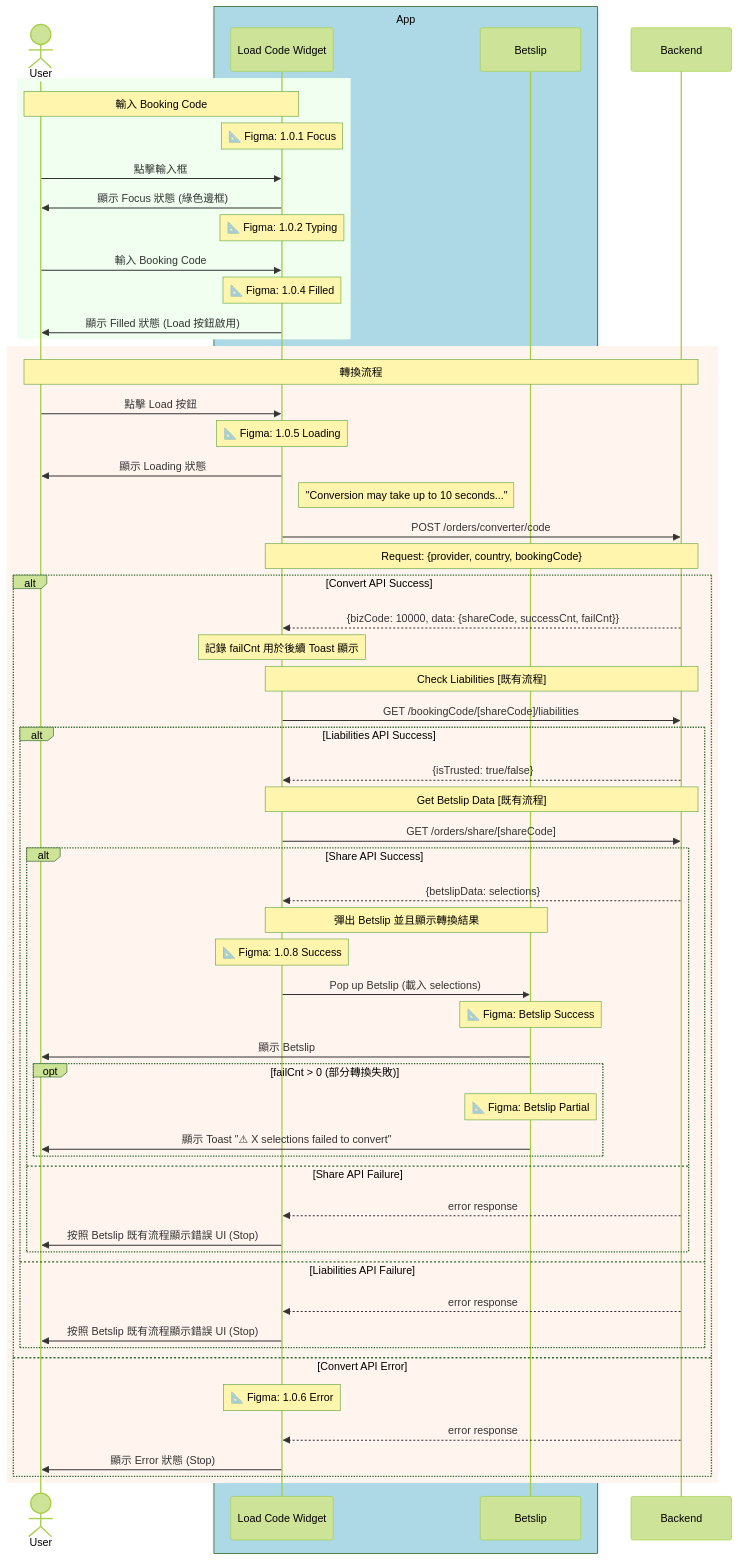
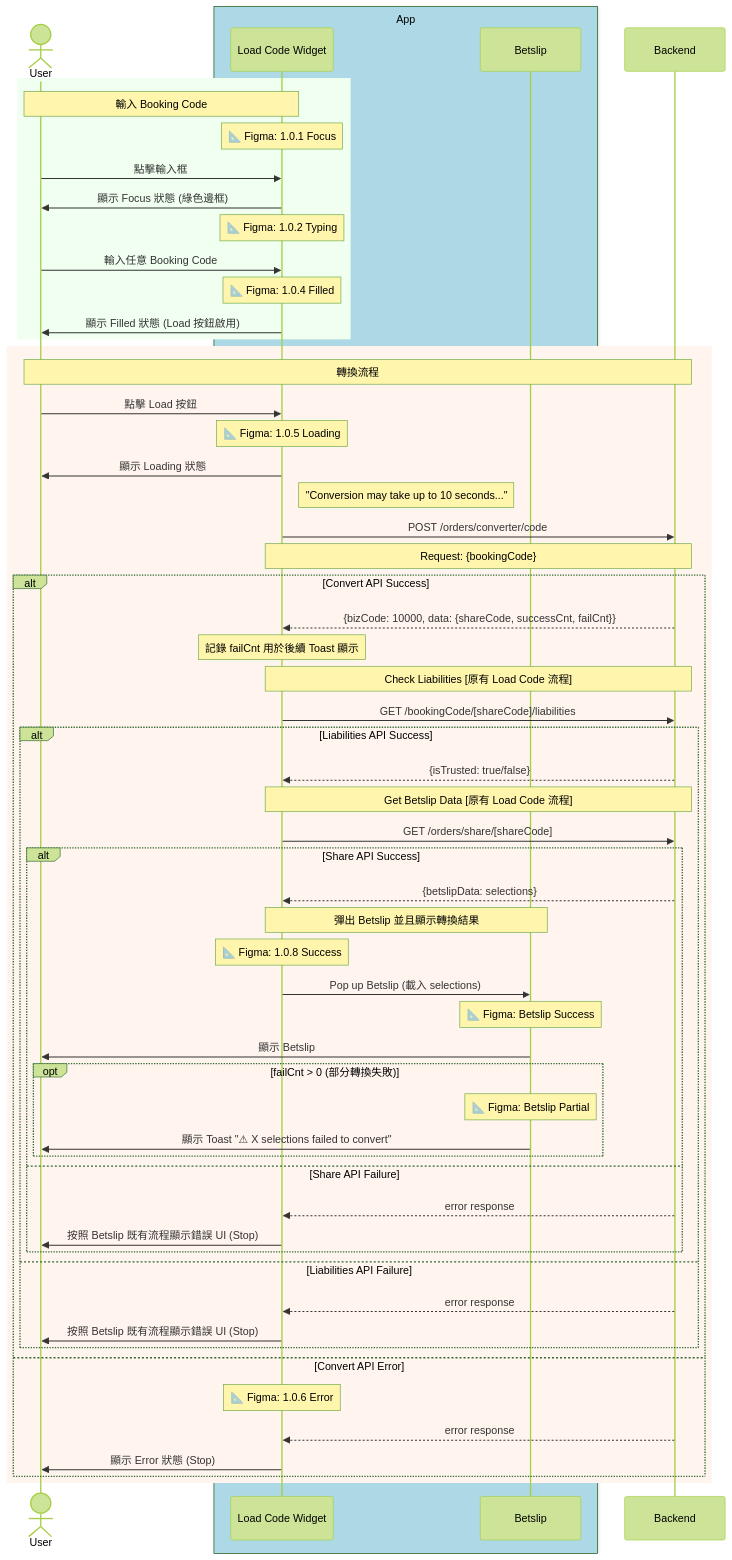
Before and after one commit to HsinChungHan/Code_Converter_TDD: the first of 6 diagrams in TDD/05_Module Sequence Diagram/Module Sequence Diagrams/02_data_interaction_convert_code.md, drawn with Mermaid (forest theme). The commit also changed other lines of this file and 38 other files, not shown here.

````diff
--- a/TDD/05_Module Sequence Diagram/Module Sequence Diagrams/02_data_interaction_convert_code.md
+++ b/TDD/05_Module Sequence Diagram/Module Sequence Diagrams/02_data_interaction_convert_code.md
@@ -13,81 +23,81 @@
 ```mermaid
 sequenceDiagram
     actor User
     
     box rgb(173, 216, 230) App
         participant Widget as Load Code Widget
         participant Betslip as Betslip
     end
     
     participant BE as Backend
 
     %% 輸入 Booking Code
     rect rgb(240, 255, 240)
         note over User,Widget: 輸入 Booking Code
         note over Widget: 📐 Figma: 1.0.1 Focus
         User->>Widget: 點擊輸入框
         Widget->>User: 顯示 Focus 狀態 (綠色邊框)
         note over Widget: 📐 Figma: 1.0.2 Typing
-        User->>Widget: 輸入 Booking Code
+        User->>Widget: 輸入任意 Booking Code
         note over Widget: 📐 Figma: 1.0.4 Filled
         Widget->>User: 顯示 Filled 狀態 (Load 按鈕啟用)
     end
 
     %% 轉換流程
     rect rgb(255, 245, 238)
         note over User,BE: 轉換流程
         User->>Widget: 點擊 Load 按鈕
         note over Widget: 📐 Figma: 1.0.5 Loading
         Widget->>User: 顯示 Loading 狀態
         note right of Widget: "Conversion may take up to 10 seconds..."
         
         Widget->>BE: POST /orders/converter/code
-        note over Widget,BE: Request: {provider, country, bookingCode}
+        note over Widget,BE: Request: {bookingCode}
         
         alt Convert API Success
             BE-->>Widget: {bizCode: 10000, data: {shareCode, successCnt, failCnt}}
             note over Widget: 記錄 failCnt 用於後續 Toast 顯示
             
-            %% Check Liabilities [既有流程]
-            note over Widget,BE: Check Liabilities [既有流程]
+            %% Check Liabilities [原有流程]
+            note over Widget,BE: Check Liabilities [原有 Load Code 流程]
             Widget->>BE: GET /bookingCode/[shareCode]/liabilities
             
             alt Liabilities API Success
                 BE-->>Widget: {isTrusted: true/false}
                 
-                %% Get Betslip Data [既有流程]
-                note over Widget,BE: Get Betslip Data [既有流程]
+                %% Get Betslip Data [原有流程]
+                note over Widget,BE: Get Betslip Data [原有 Load Code 流程]
                 Widget->>BE: GET /orders/share/[shareCode]
                 
                 alt Share API Success
                     BE-->>Widget: {betslipData: selections}
                     
                     %% 彈出 Betslip 並且顯示轉換結果
                     note over Widget,Betslip: 彈出 Betslip 並且顯示轉換結果
                     note over Widget: 📐 Figma: 1.0.8 Success
                     Widget->>Betslip: Pop up Betslip (載入 selections)
                     note over Betslip: 📐 Figma: Betslip Success
                     Betslip->>User: 顯示 Betslip
                     
                     opt failCnt > 0 (部分轉換失敗)
                         note over Betslip: 📐 Figma: Betslip Partial
                         Betslip->>User: 顯示 Toast "⚠ X selections failed to convert"
                     end
                     
                 else Share API Failure
                     BE-->>Widget: error response
                     Widget->>User: 按照 Betslip 既有流程顯示錯誤 UI (Stop)
                 end
                 
             else Liabilities API Failure
                 BE-->>Widget: error response
                 Widget->>User: 按照 Betslip 既有流程顯示錯誤 UI (Stop)
             end
             
         else Convert API Error
             note over Widget: 📐 Figma: 1.0.6 Error
             BE-->>Widget: error response
             Widget->>User: 顯示 Error 狀態 (Stop)
         end
     end
 ```
````
